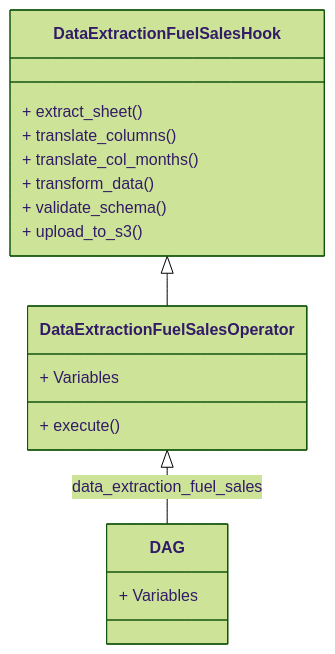
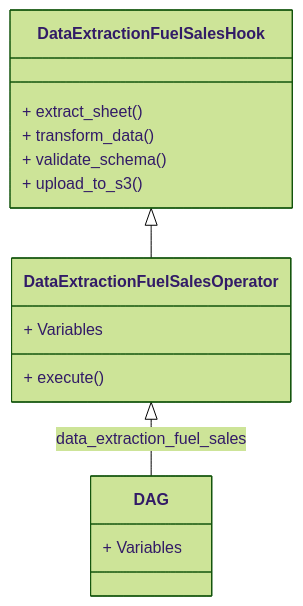
Before and after one commit to andrelfran/raizen-anp-challenge: the diagram in README.md, drawn with Mermaid (forest theme). The commit also changed other lines of this file, not shown here.

````diff
--- a/README.md
+++ b/README.md
@@ -58,23 +59,21 @@
 ```mermaid
 classDiagram
     DataExtractionFuelSalesOperator <|-- DAG : data_extraction_fuel_sales
     DataExtractionFuelSalesHook <|-- DataExtractionFuelSalesOperator
 
     class DAG{ 
         + Variables
     } 
     
     class DataExtractionFuelSalesOperator{
         + Variables
         + execute()
     }
 
     class DataExtractionFuelSalesHook{
         + extract_sheet()
-        + translate_columns()
-        + translate_col_months()
         + transform_data()
         + validate_schema()
         + upload_to_s3()
     }
  ```
````
